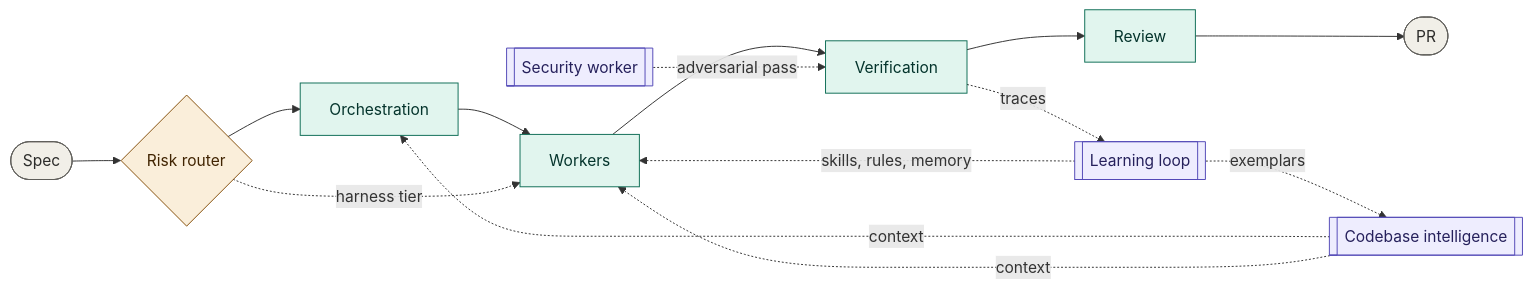
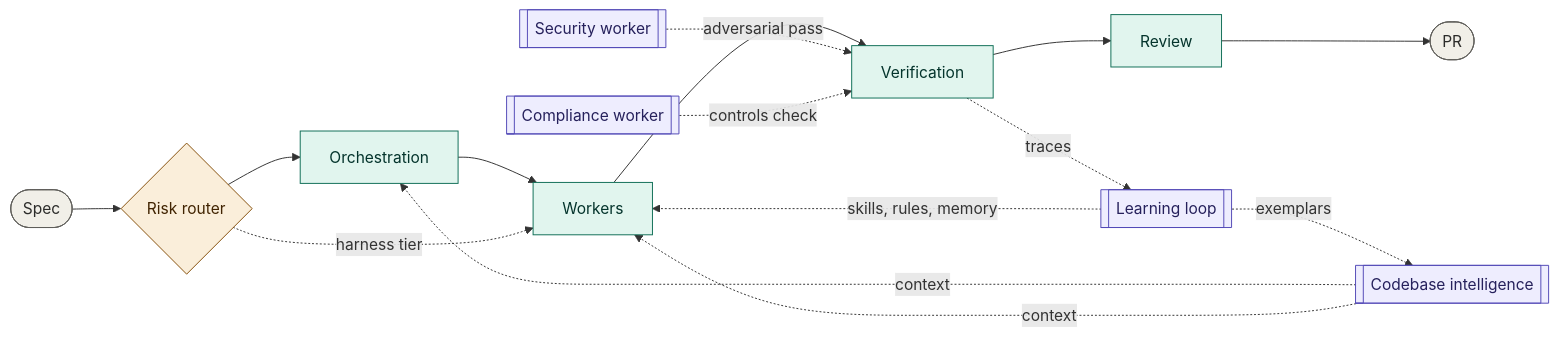
The first of 11 diagrams in Software Factory Architecture.md (heilashahidi/athena-software-factory), drawn with Mermaid before and after one commit. The commit also changed other lines of this file, not shown here.

Commit message:
Add integration harness and compliance worker to master architecture

````diff
--- a/Software Factory Architecture.md
+++ b/Software Factory Architecture.md
@@ -26,31 +28,33 @@
 ```mermaid
 flowchart LR
   spec(["Spec"])
   router{"Risk router"}
   plan["Orchestration"]
   build["Workers"]
   verify["Verification"]
   sec[["Security worker"]]
+  comply[["Compliance worker"]]
   review["Review"]
   pr(["PR"])
   intel[["Codebase intelligence"]]
   learn[["Learning loop"]]
 
   spec --> router --> plan --> build --> verify --> review --> pr
   router -.->|"harness tier"| build
   sec -.->|"adversarial pass"| verify
+  comply -.->|"controls check"| verify
   intel -.->|context| plan
   intel -.->|context| build
   verify -.->|traces| learn
   learn -.->|"skills, rules, memory"| build
   learn -.->|exemplars| intel
 
   classDef spine fill:#E1F5EE,stroke:#0F6E56,color:#04342C;
   classDef sub fill:#EEEDFE,stroke:#534AB7,color:#26215C;
   classDef io fill:#F1EFE8,stroke:#5F5E5A,color:#2C2C2A;
   classDef gate fill:#FAEEDA,stroke:#854F0B,color:#412402;
   class plan,build,verify,review spine
-  class intel,learn,sec sub
+  class intel,learn,sec,comply sub
   class spec,pr io
   class router gate
 ```
````
